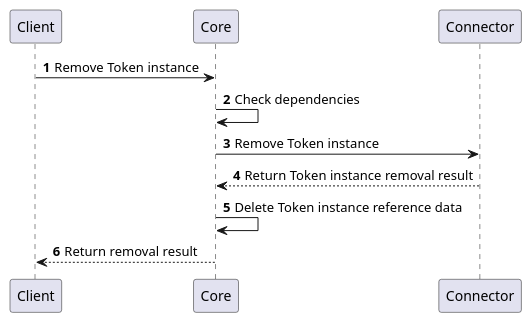
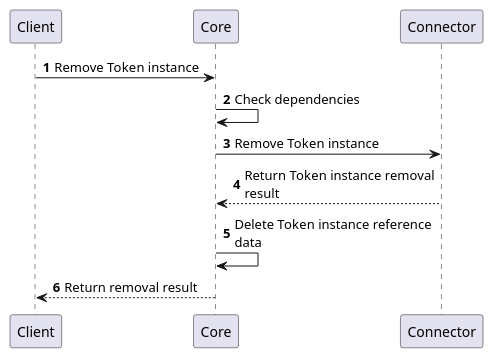
The fifth of 15 diagrams in docs/12-connectors/05-description/35-cryptography-provider.md (CZERTAINLY/CZERTAINLY-Documentation), drawn with PlantUML before and after one commit. The commit also changed other lines of this file, not shown here.

````diff
--- a/docs/12-connectors/05-description/35-cryptography-provider.md
+++ b/docs/12-connectors/05-description/35-cryptography-provider.md
@@ -162,12 +176,13 @@
 ```plantuml
     @startuml
     autonumber
+    skinparam maxMessageSize 200
     skinparam topurl https://docs.czertainly.com/api/
         Client -> Core [[core-cryptography/#tag/Token-Management-API/operation/removeTokenInstance]]: Remove Token instance
         Core -> Core : Check dependencies
         Core -> Connector [[connector-cryptography-provider/#tag/Token-Management-API/operation/removeTokenInstance]]: Remove Token instance
         Connector --> Core: Return Token instance removal result
         Core -> Core : Delete Token instance reference data
         Core --> Client: Return removal result
     @enduml
 ```
````
